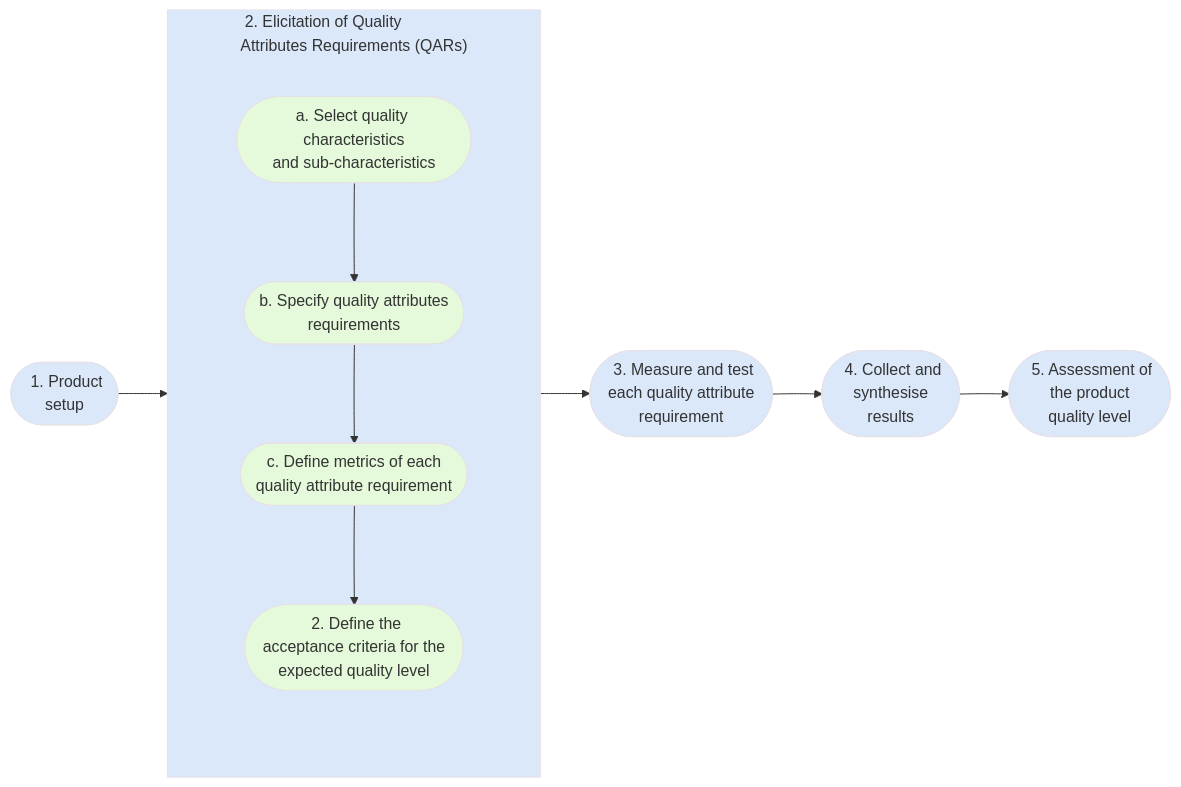
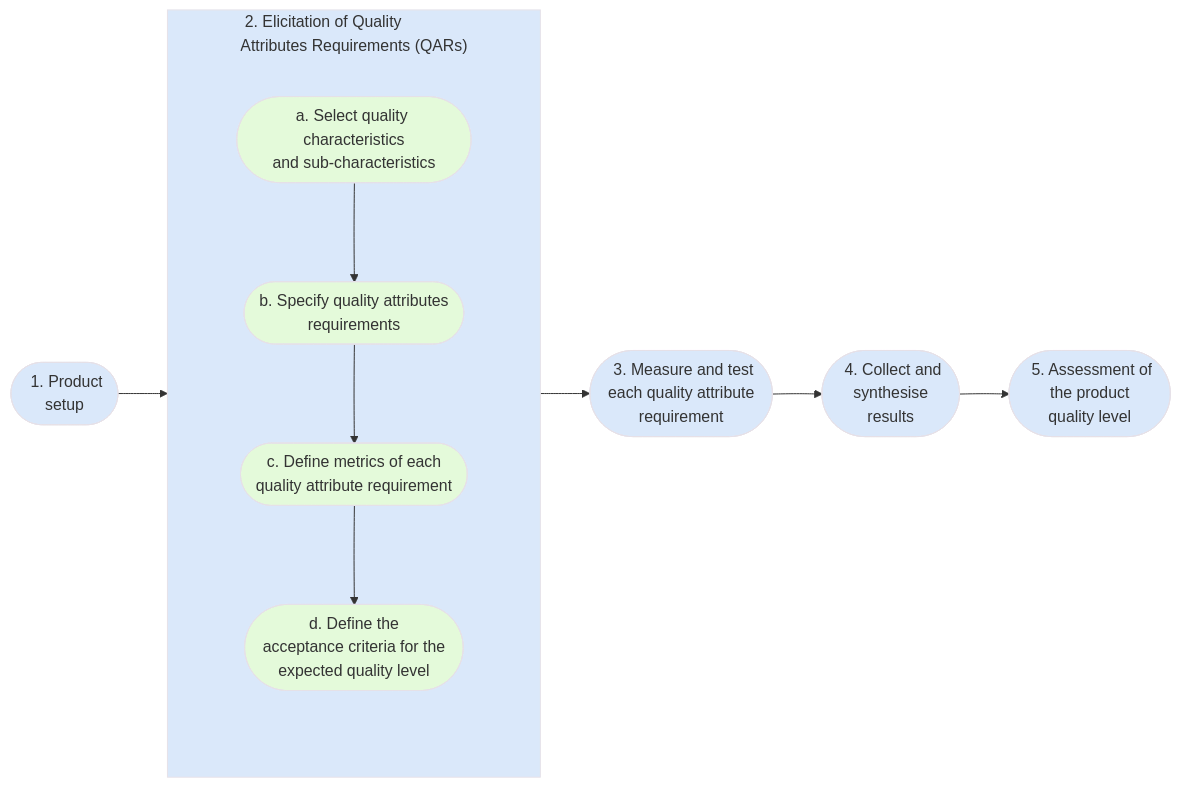
The diagram in notes/unit8_metrics/internal.md (edinburgh-napier/SET09102), drawn with Mermaid before and after one commit.

````diff
--- a/notes/unit8_metrics/internal.md
+++ b/notes/unit8_metrics/internal.md
@@ -393,40 +393,40 @@
 ``` mermaid
 flowchart LR
     classDef invisible stroke:none,fill:none
-    classDef mainStep fill:#dae8fa,stroke:#e6e1e8
-    classDef subStep fill:#e4fada,stroke:#e6e1e8
+    classDef mainStep fill:#dae8fa,stroke:#e6e1e8,fontSize:18px
+    classDef subStep fill:#e4fada,stroke:#e6e1e8,fontSize:18px
 
     subgraph id2["&nbsp;2. Elicitation of Quality<br/>Attributes Requirements (QARs)"]
         subgraph spacer [ ]
             direction TB
             id2a --> id2b
             id2b --> id2c
             id2c --> id2d
         end
     end
 
     id1(["&nbsp;1. Product<br/>setup"])
     id2a(["a. Select quality characteristics<br/>and sub-characteristics"])
     id2b(["b. Specify quality attributes<br/>requirements"])
     id2c(["c. Define metrics of each<br/>quality attribute requirement"])
-    id2d(["&nbsp;2. Define the<br/>acceptance criteria for the<br/>expected quality level"])
+    id2d(["d. Define the<br/>acceptance criteria for the<br/>expected quality level"])
     id3(["&nbsp;3. Measure and test<br/>each quality attribute<br/>requirement"])
     id4(["&nbsp;4. Collect and<br/>synthesise<br/>results"])
     id5(["&nbsp;5. Assessment of<br/>the product<br/>quality level"])
 
     id1 --> id2
     id2 --> id3
     id3 --> id4
     id4 --> id5
 
     class spacer invisible
     class id1 mainStep
     class id2 mainStep
     class id3 mainStep
     class id4 mainStep
     class id5 mainStep
     class id2a subStep
     class id2b subStep
     class id2c subStep
     class id2d subStep
 ```
````
